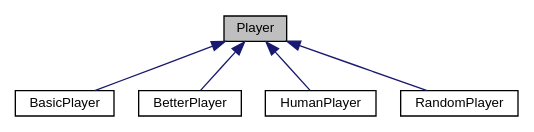
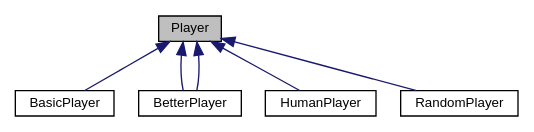
The diagram in class_player__inherit__graph.dot (jesstyrrell/cosc345), drawn with Graphviz before and after one commit. The commit also changed 231 other files, not shown here.

```diff
--- a/class_player__inherit__graph.dot
+++ b/class_player__inherit__graph.dot
@@ -1,16 +1,17 @@
 digraph "Player"
 {
  // INTERACTIVE_SVG=YES
  // LATEX_PDF_SIZE
   edge [fontname="Helvetica",fontsize="10",labelfontname="Helvetica",labelfontsize="10"];
   node [fontname="Helvetica",fontsize="10",shape=record];
   Node1 [label="Player",height=0.2,width=0.4,color="black", fillcolor="grey75", style="filled", fontcolor="black",tooltip="Represents a human player in the poker game."];
   Node1 -> Node2 [dir="back",color="midnightblue",fontsize="10",style="solid",fontname="Helvetica"];
   Node2 [label="BasicPlayer",height=0.2,width=0.4,color="black", fillcolor="white", style="filled",URL="$class_basic_player.html",tooltip=" "];
   Node1 -> Node3 [dir="back",color="midnightblue",fontsize="10",style="solid",fontname="Helvetica"];
   Node3 [label="BetterPlayer",height=0.2,width=0.4,color="black", fillcolor="white", style="filled",URL="$class_better_player.html",tooltip=" "];
+  Node1 -> Node3 [dir="back",color="midnightblue",fontsize="10",style="solid",fontname="Helvetica"];
   Node1 -> Node4 [dir="back",color="midnightblue",fontsize="10",style="solid",fontname="Helvetica"];
   Node4 [label="HumanPlayer",height=0.2,width=0.4,color="black", fillcolor="white", style="filled",URL="$class_human_player.html",tooltip=" "];
   Node1 -> Node5 [dir="back",color="midnightblue",fontsize="10",style="solid",fontname="Helvetica"];
   Node5 [label="RandomPlayer",height=0.2,width=0.4,color="black", fillcolor="white", style="filled",URL="$class_random_player.html",tooltip=" "];
 }
```
